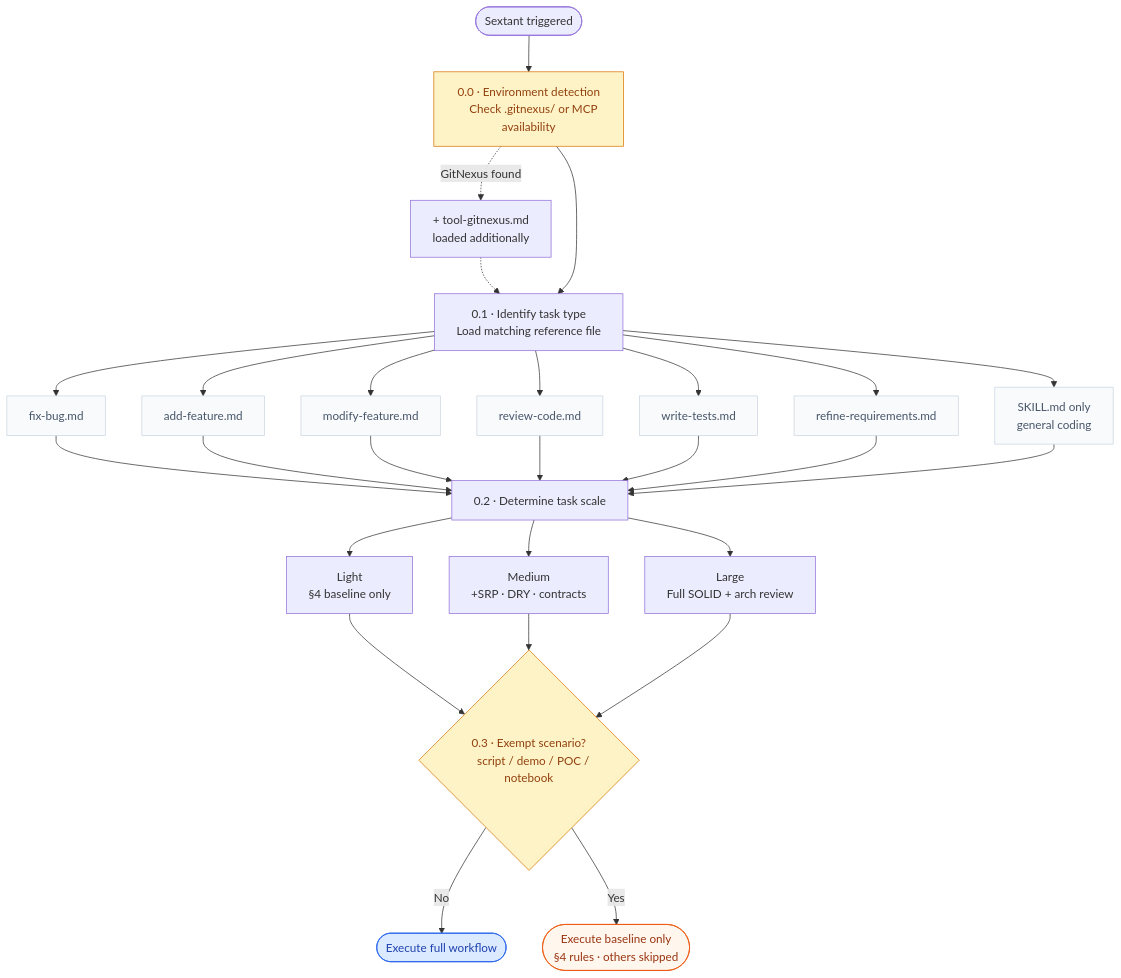
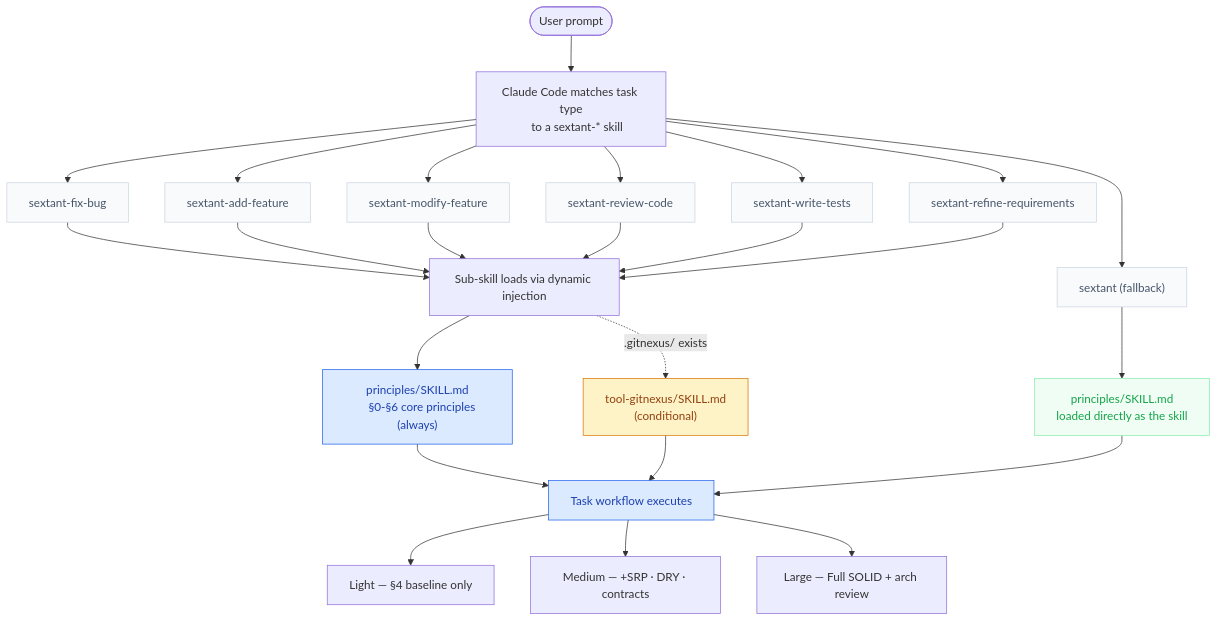
The diagram in README.md (hellotern/Sextant), drawn with Mermaid before and after one commit. The commit also changed other lines of this file and 15 other files, not shown here.

````diff
--- a/README.md
+++ b/README.md
@@ -36,50 +60,40 @@
 ```mermaid
 flowchart TD
-    A([Sextant triggered]) --> B
+    A(["User prompt"]) --> B
 
-    B["0.0 · Environment detection
-    Check .gitnexus/ or MCP availability"]
-    B -.->|GitNexus found| GN["+ tool-gitnexus.md
-    loaded additionally"]
-    GN -.-> C
-    B --> C
+    B["Claude Code matches task type
+    to a sextant-* skill"]
+    B --> R1["sextant-fix-bug"]
+    B --> R2["sextant-add-feature"]
+    B --> R3["sextant-modify-feature"]
+    B --> R4["sextant-review-code"]
+    B --> R5["sextant-write-tests"]
+    B --> R6["sextant-refine-requirements"]
+    B --> R7["sextant (fallback)"]
 
-    C["0.1 · Identify task type
-    Load matching reference file"]
-    C --> R1["fix-bug.md"]
-    C --> R2["add-feature.md"]
-    C --> R3["modify-feature.md"]
-    C --> R4["review-code.md"]
-    C --> R5["write-tests.md"]
-    C --> R6["refine-requirements.md"]
-    C --> R7["SKILL.md only
-    general coding"]
+    R1 & R2 & R3 & R4 & R5 & R6 --> C
+    R7 --> F["principles/SKILL.md
+    loaded directly as the skill"]
 
-    R1 & R2 & R3 & R4 & R5 & R6 & R7 --> D
+    C["Sub-skill loads via dynamic injection"]
+    C --> P["principles/SKILL.md
+    §0-§6 core principles (always)"]
+    C -.->|.gitnexus/ exists| GN["tool-gitnexus/SKILL.md
+    (conditional)"]
+    P & GN --> D["Task workflow executes"]
+    F --> D
 
-    D["0.2 · Determine task scale"]
-    D --> S1["Light
-    §4 baseline only"]
-    D --> S2["Medium
-    +SRP · DRY · contracts"]
-    D --> S3["Large
-    Full SOLID + arch review"]
+    D --> S1["Light — §4 baseline only"]
+    D --> S2["Medium — +SRP · DRY · contracts"]
+    D --> S3["Large — Full SOLID + arch review"]
 
-    S1 & S2 & S3 --> E
+    classDef skill       fill:#f8fafc,stroke:#cbd5e1,color:#475569
+    classDef inject      fill:#dbeafe,stroke:#2563eb,color:#1e40af
+    classDef conditional fill:#fef3c7,stroke:#d97706,color:#92400e
+    classDef fallback    fill:#f0fdf4,stroke:#86efac,color:#16a34a
 
-    E{"0.3 · Exempt scenario?
-    script / demo / POC / notebook"}
-    E -->|No| F(["Execute full workflow"])
-    E -->|Yes| G(["Execute baseline only
-    §4 rules · others skipped"])
-
-    classDef conditional fill:#fef3c7,stroke:#d97706,color:#92400e
-    classDef endpoint   fill:#dbeafe,stroke:#2563eb,color:#1e40af
-    classDef bypass     fill:#fff7ed,stroke:#ea580c,color:#9a3412
-    classDef route      fill:#f8fafc,stroke:#cbd5e1,color:#475569
-
-    class B,E conditional
-    class F endpoint
-    class G bypass
-    class R1,R2,R3,R4,R5,R6,R7 route
+    class R1,R2,R3,R4,R5,R6,R7 skill
+    class P,D inject
+    class GN conditional
+    class F fallback
 ```
````
